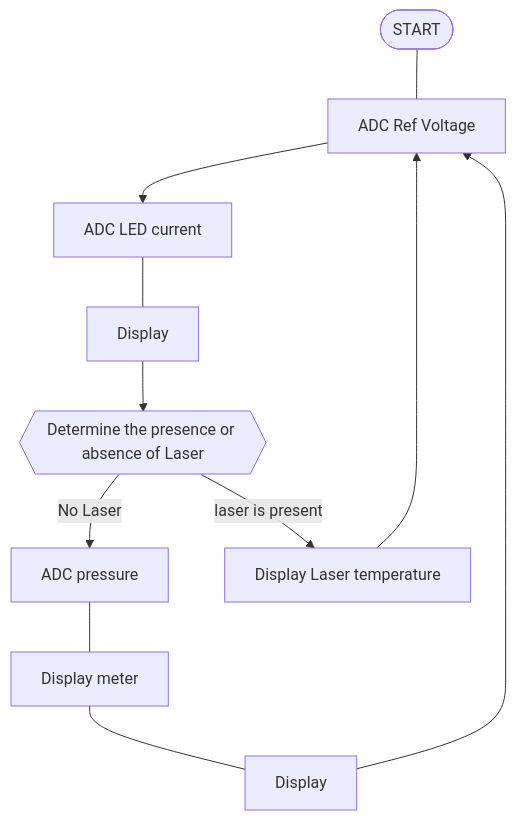
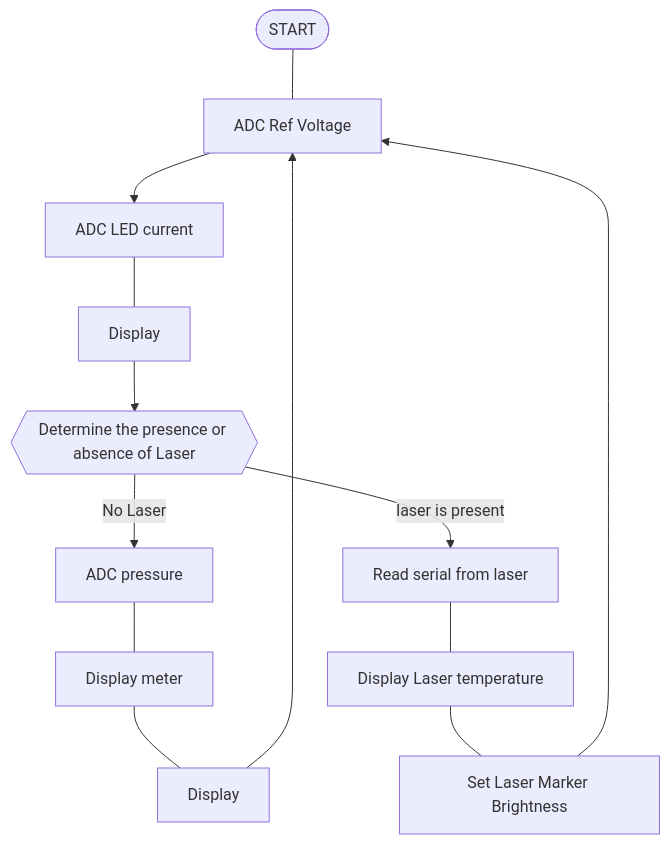
One commit to agysft/CPnP_Z changed the diagram in README.md. Above: the diagram before and after it, drawn with Mermaid. The commit also changed 2 other files, not shown here.

Commit message:
modified readme and added comments

````diff
--- a/README.md
+++ b/README.md
@@ -5,13 +5,15 @@
 ```mermaid
 flowchart TD;
     I([START])---A;
     A[ADC Ref Voltage]-->B[ADC LED current];
     B---H[Display];
     H-->C{{Determine the presence or absence of Laser}};
     C-->|No Laser|E[ADC pressure];
     E---F[Display meter];
     F---G[Display];
     G-->A;
-    C-->|laser is present|D[Display Laser temperature];
-    D-->A;
+    C-->|laser is present|D[Read serial from laser];
+    D---D2[Display Laser temperature];
+    D2---D3[Set Laser Marker Brightness];
+    D3-->A;
 ```
````
